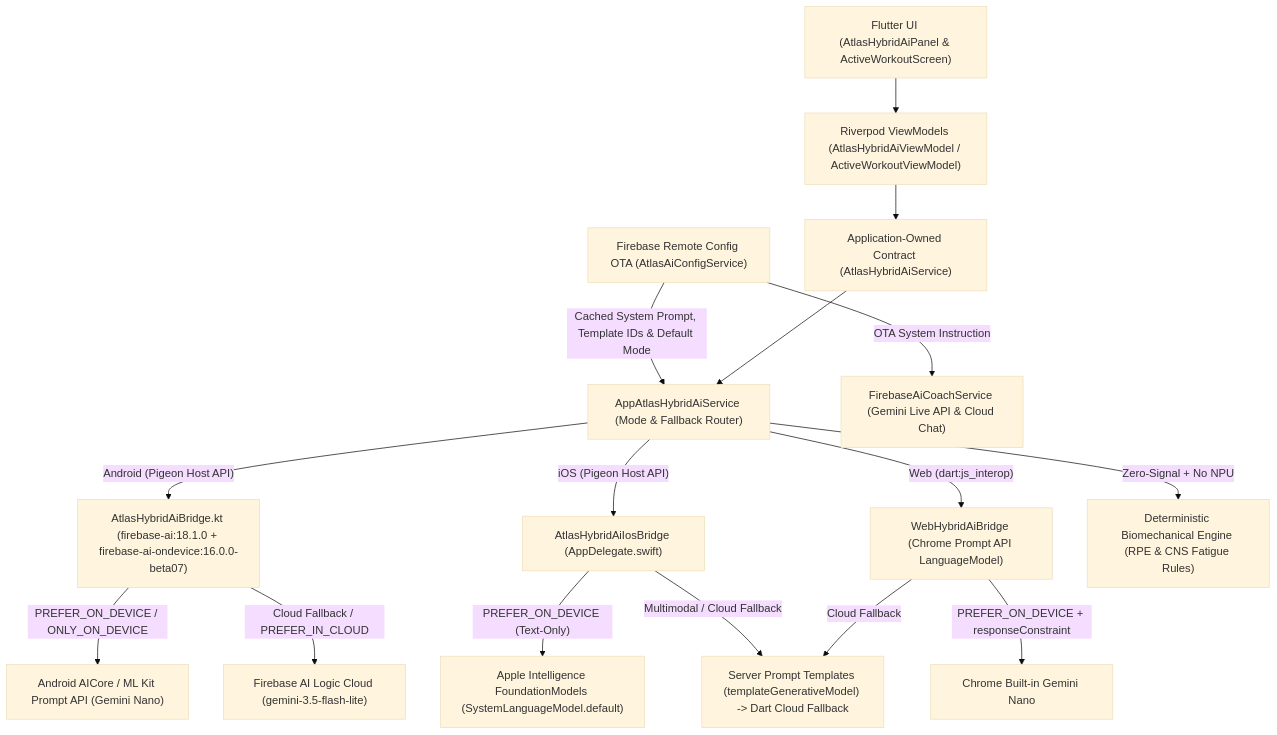
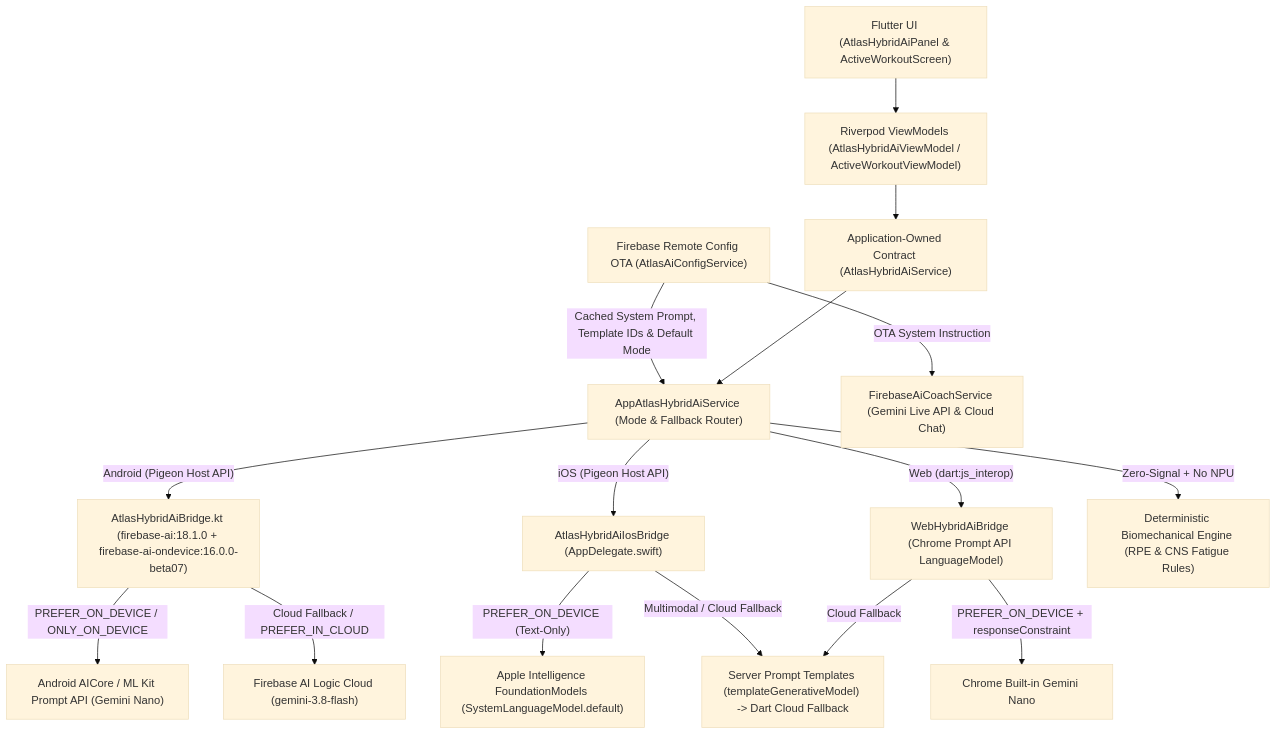
The diagram in README.md (Spiderbezno/comunityfitness-atlas-hybrid-ai), drawn with Mermaid (base theme) before and after one commit. The commit also changed other lines of this file and 20 other files, not shown here.

Commit message:
fix(hybrid-ai): unify gemini-3.8-flash model and localize hybrid UI across 5 languages

````diff
--- a/README.md
+++ b/README.md
@@ -38,22 +38,22 @@
 ```mermaid
 flowchart TD
     RC["Firebase Remote Config OTA (AtlasAiConfigService)"] -->|"Cached System Prompt, Template IDs & Default Mode"| Router["AppAtlasHybridAiService (Mode & Fallback Router)"]
     RC -->|"OTA System Instruction"| LiveCoach["FirebaseAiCoachService (Gemini Live API & Cloud Chat)"]
     UI["Flutter UI (AtlasHybridAiPanel & ActiveWorkoutScreen)"] --> VM["Riverpod ViewModels (AtlasHybridAiViewModel / ActiveWorkoutViewModel)"]
     VM --> Contract["Application-Owned Contract (AtlasHybridAiService)"]
     Contract --> Router
 
     Router -->|"Android (Pigeon Host API)"| AndroidBridge["AtlasHybridAiBridge.kt (firebase-ai:18.1.0 + firebase-ai-ondevice:16.0.0-beta07)"]
     AndroidBridge -->|"PREFER_ON_DEVICE / ONLY_ON_DEVICE"| AICore["Android AICore / ML Kit Prompt API (Gemini Nano)"]
-    AndroidBridge -->|"Cloud Fallback / PREFER_IN_CLOUD"| AndroidCloud["Firebase AI Logic Cloud (gemini-3.5-flash-lite)"]
+    AndroidBridge -->|"Cloud Fallback / PREFER_IN_CLOUD"| AndroidCloud["Firebase AI Logic Cloud (gemini-3.8-flash)"]
 
     Router -->|"iOS (Pigeon Host API)"| IosBridge["AtlasHybridAiIosBridge (AppDelegate.swift)"]
     IosBridge -->|"PREFER_ON_DEVICE (Text-Only)"| AppleIntel["Apple Intelligence FoundationModels (SystemLanguageModel.default)"]
     IosBridge -->|"Multimodal / Cloud Fallback"| ServerTemplates["Server Prompt Templates (templateGenerativeModel) -> Dart Cloud Fallback"]
 
     Router -->|"Web (dart:js_interop)"| WebBridge["WebHybridAiBridge (Chrome Prompt API LanguageModel)"]
     WebBridge -->|"PREFER_ON_DEVICE + responseConstraint"| ChromeNano["Chrome Built-in Gemini Nano"]
     WebBridge -->|"Cloud Fallback"| ServerTemplates
 
     Router -->|"Zero-Signal + No NPU"| OfflineEngine["Deterministic Biomechanical Engine (RPE & CNS Fatigue Rules)"]
 ```
````
